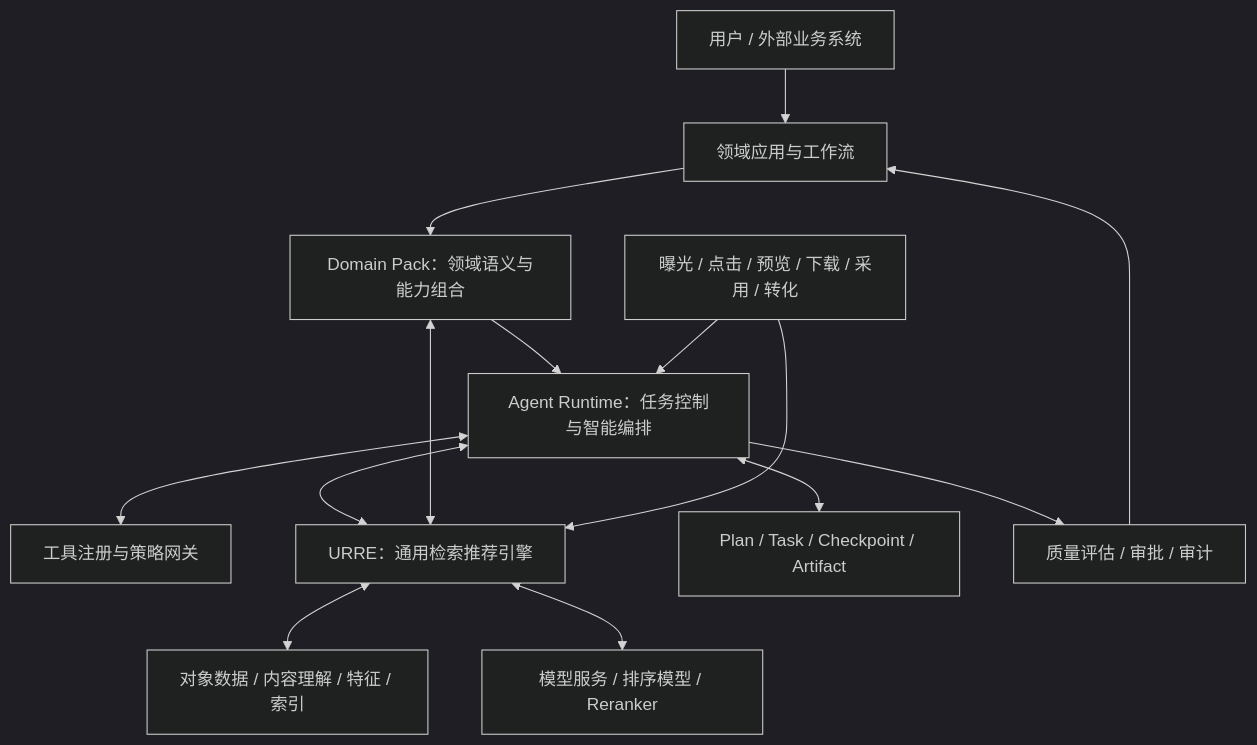
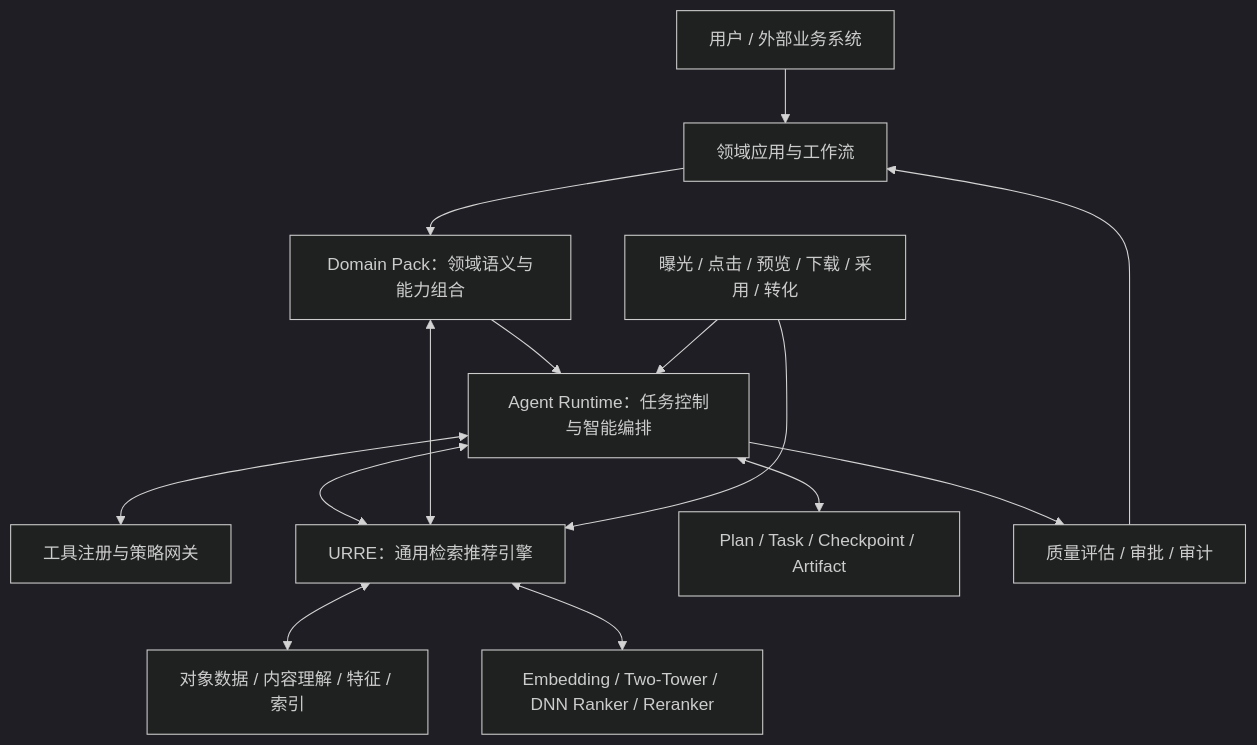
The first of 4 diagrams in 00_架构设计总纲.md (human-cosmos/search-rec-docs), drawn with Mermaid (dark theme) before and after one commit. The commit also changed other lines of this file and 10 other files, not shown here.

Commit message:
docs: update architecture and implementation documentation

````diff
--- a/00_架构设计总纲.md
+++ b/00_架构设计总纲.md
@@ -20,16 +20,16 @@
 ```mermaid
 flowchart TB
   U[用户 / 外部业务系统] --> APP[领域应用与工作流]
   APP --> DP[Domain Pack：领域语义与能力组合]
   DP --> AR[Agent Runtime：任务控制与智能编排]
   AR <--> TOOLS[工具注册与策略网关]
   AR <--> URRE[URRE：通用检索推荐引擎]
   DP <--> URRE
   URRE <--> DATA[对象数据 / 内容理解 / 特征 / 索引]
-  URRE <--> MODEL[模型服务 / 排序模型 / Reranker]
+  URRE <--> MODEL[Embedding / Two-Tower / DNN Ranker / Reranker]
   AR <--> STATE[Plan / Task / Checkpoint / Artifact]
   AR --> QA[质量评估 / 审批 / 审计]
   QA --> APP
   FEEDBACK[曝光 / 点击 / 预览 / 下载 / 采用 / 转化] --> URRE
   FEEDBACK --> AR
 ```
````
